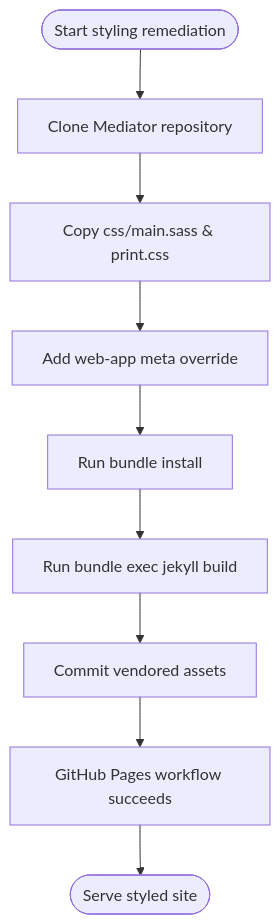
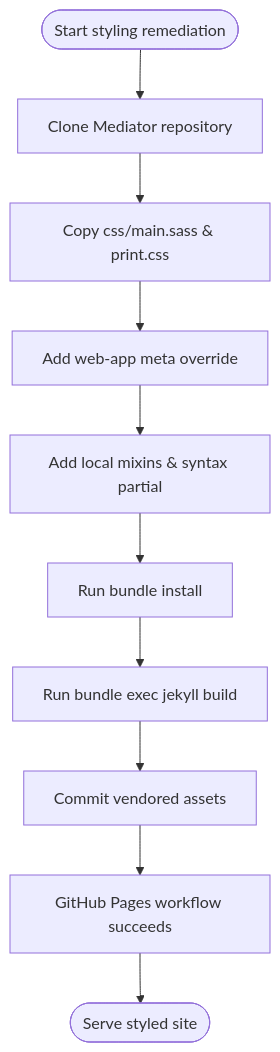
One commit to muyueh/Jekyll changed the fifth of 6 diagrams in README.md. Above: the diagram before and after it, drawn with Mermaid. The commit also changed other lines of this file and 2 other files, not shown here.

Commit message:
Patch Sass dependencies for local build

````diff
--- a/README.md
+++ b/README.md
@@ -85,11 +92,12 @@
 ```mermaid
 graph TD
     Start([Start styling remediation]) --> CloneTheme[Clone Mediator repository]
     CloneTheme --> CopyCSS[Copy css/main.sass & print.css]
     CopyCSS --> UpdateHead[Add web-app meta override]
-    UpdateHead --> InstallDeps[Run bundle install]
+    UpdateHead --> AddMixins[Add local mixins & syntax partial]
+    AddMixins --> InstallDeps[Run bundle install]
     InstallDeps --> Verify[Run bundle exec jekyll build]
     Verify --> Commit[Commit vendored assets]
     Commit --> Deploy[GitHub Pages workflow succeeds]
     Deploy --> End([Serve styled site])
 ```
````
